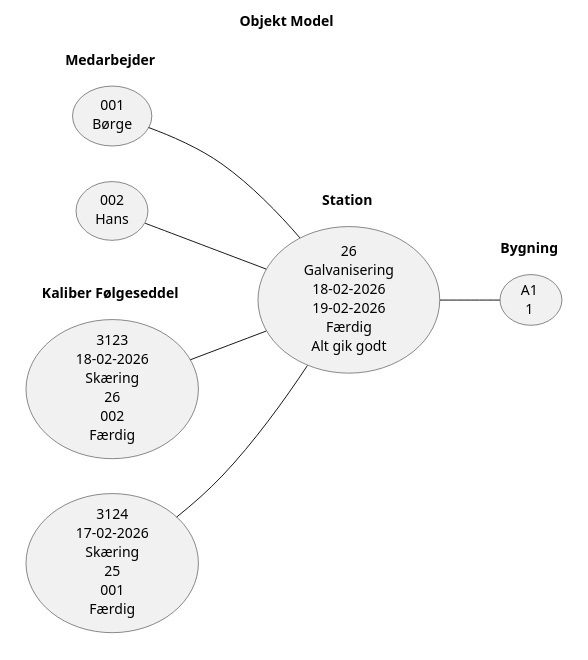
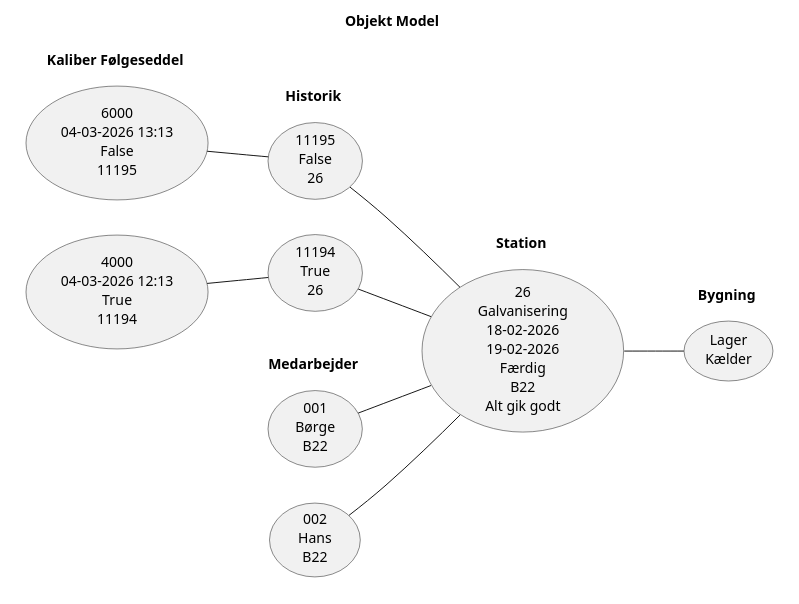
One commit to marsbo04/budweg changed the diagram in uml_artifacts/object_model.puml. Above: the diagram before and after it, drawn with PlantUML.

Commit message:
Update object model with new entities and relationships

```diff
--- a/uml_artifacts/object_model.puml
+++ b/uml_artifacts/object_model.puml
@@ -1,27 +1,34 @@
 @startuml
 
 left to right direction
 title Objekt Model
 
 rectangle "Bygning " #line:white;{
-    (A1\n1) as (Bygning) 
+    (Lager\nKælder) as (Bygning) 
+}
+
+rectangle "Historik " #line:white;{
+    (11195\nFalse\n26) as (Historik) 
+    (11194\nTrue\n26) as (Historik2) 
 }
 
 rectangle "Medarbejder " #line:white;{
-    (001\nBørge) as (Medarbejder) 
-    (002\nHans) as (Medarbejder2) 
+    (001\nBørge\nB22) as (Medarbejder) 
+    (002\nHans\nB22) as (Medarbejder2) 
 }
 rectangle "Station " #line:white;{
-    (26\nGalvanisering\n18-02-2026\n19-02-2026\nFærdig\nAlt gik godt) as (Station)
+    (26\nGalvanisering\n18-02-2026\n19-02-2026\nFærdig\nB22\nAlt gik godt) as (Station)
 }
 rectangle "Kaliber Følgeseddel " #line:white;{
-    (3123\n18-02-2026\nSkæring\n26\n002\nFærdig) as (KaliberFølgeseddel)
-    (3124\n17-02-2026\nSkæring\n25\n001\nFærdig) as (KaliberFølgeseddel2)
+    (6000\n04-03-2026 13:13\nFalse\n11195) as (KaliberFølgeseddel)
+    (4000\n04-03-2026 12:13\nTrue\n11194) as (KaliberFølgeseddel2)
 }
-
+Historik -- Station
+Historik2 -- Station
 Medarbejder -- Station
 Medarbejder2 -- Station
-KaliberFølgeseddel -- Station
-KaliberFølgeseddel2 -- Station
+
+KaliberFølgeseddel -- Historik
+KaliberFølgeseddel2 -- Historik2
 Station -- Bygning
 @enduml
```
